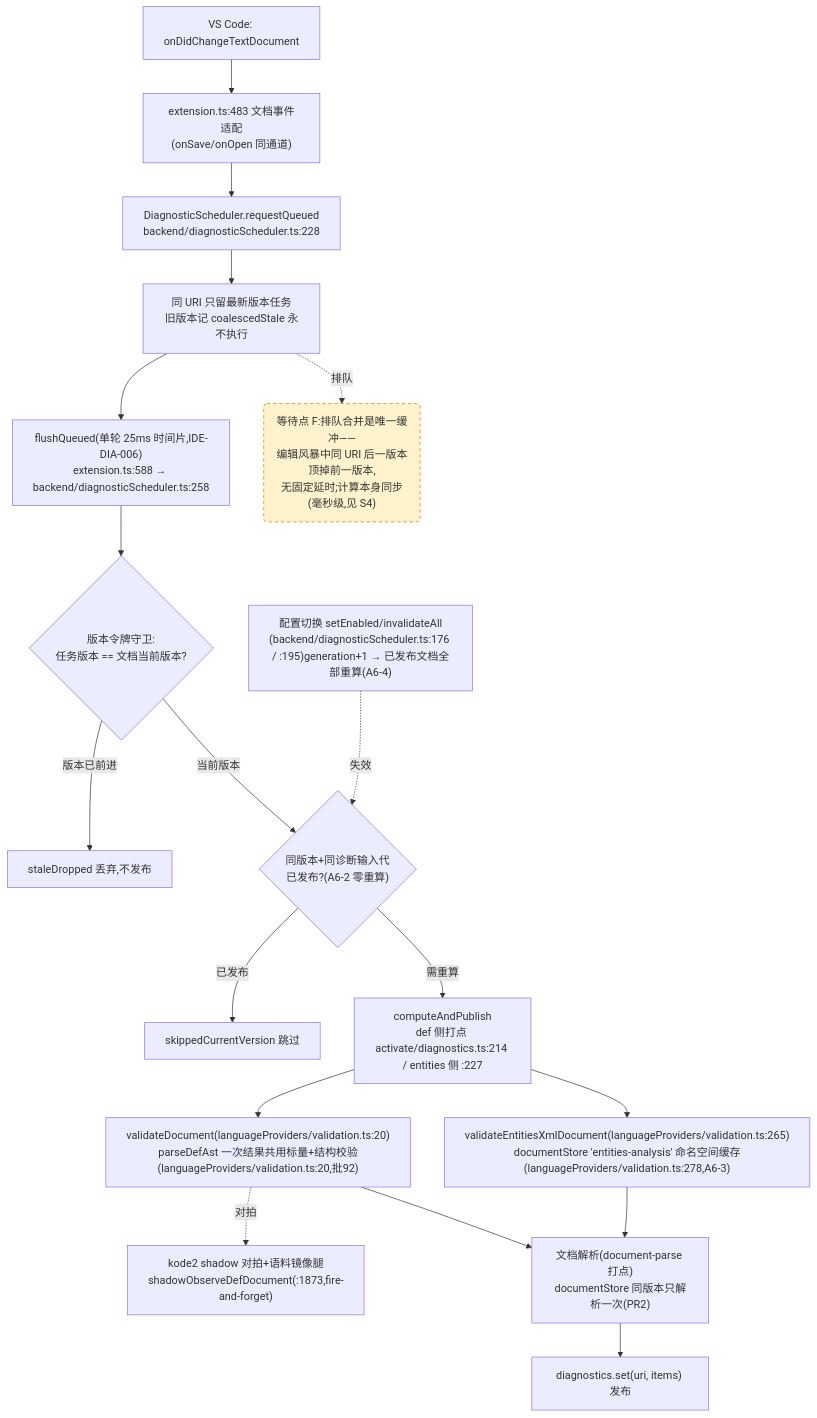
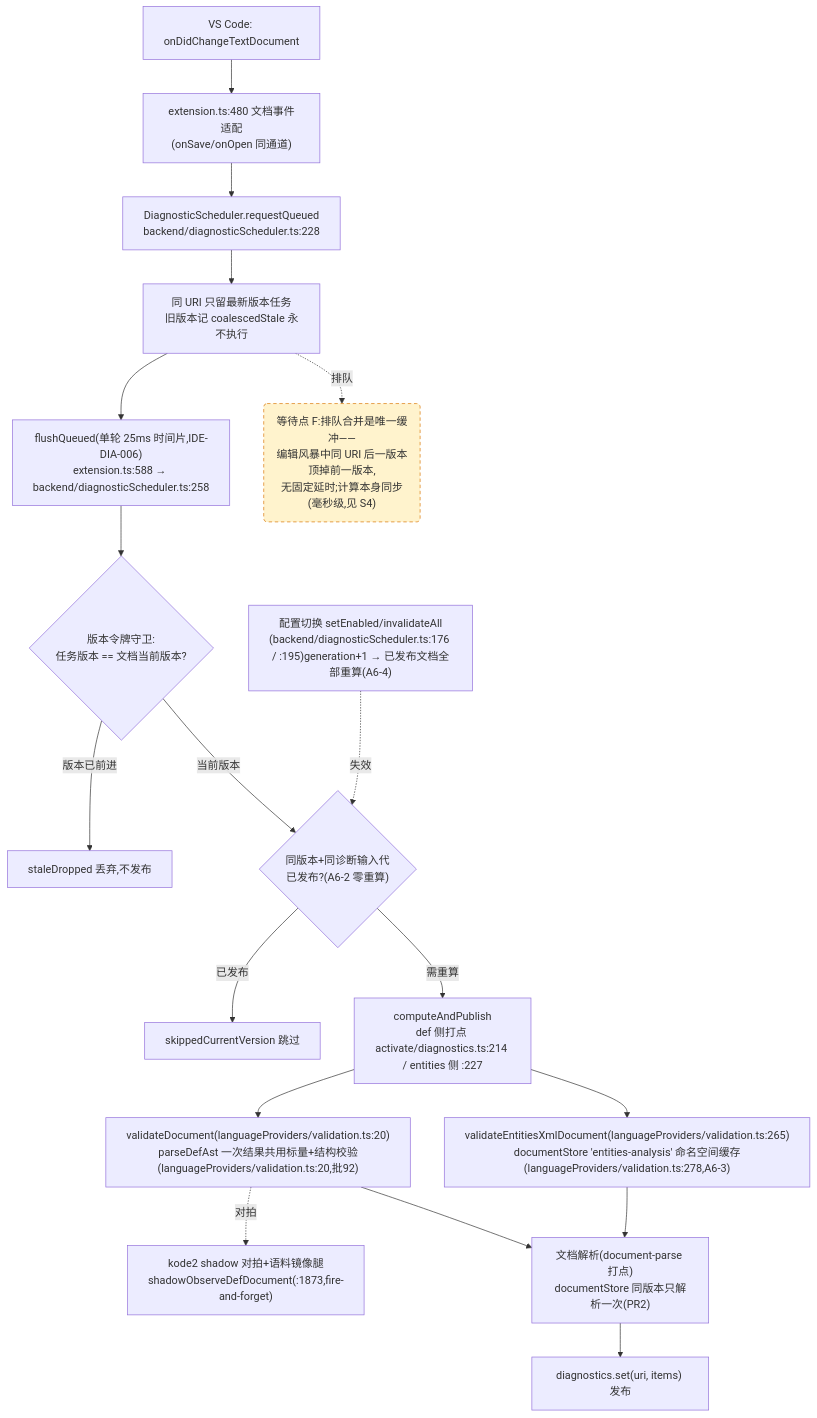
The fourth of 4 diagrams in docs/perf/2026-baseline.md (cuihairu/kode), drawn with Mermaid before and after one commit. The commit also changed other lines of this file and 11 other files, not shown here.

````diff
--- a/docs/perf/2026-baseline.md
+++ b/docs/perf/2026-baseline.md
@@ -232,38 +232,38 @@
 ```mermaid
 flowchart TD
   CHG["VS Code: onDidChangeTextDocument"]
-  WATCH["extension.ts:483 文档事件适配<br/>(onSave/onOpen 同通道)"]
+  WATCH["extension.ts:480 文档事件适配<br/>(onSave/onOpen 同通道)"]
   RQ["DiagnosticScheduler.requestQueued<br/>backend/diagnosticScheduler.ts:228"]
   CO["同 URI 只留最新版本任务<br/>旧版本记 coalescedStale 永不执行"]
   FL["flushQueued(单轮 25ms 时间片,IDE-DIA-006)<br/>extension.ts:588 → backend/diagnosticScheduler.ts:258"]
   VG{"版本令牌守卫:<br/>任务版本 == 文档当前版本?"}
   DROP["staleDropped 丢弃,不发布"]
   GEN{"同版本+同诊断输入代<br/>已发布?(A6-2 零重算)"}
   SKIP["skippedCurrentVersion 跳过"]
   CALC["computeAndPublish<br/>def 侧打点 activate/diagnostics.ts:214 / entities 侧 :227"]
   VD["validateDocument(languageProviders/validation.ts:20)<br/>parseDefAst 一次结果共用标量+结构校验(languageProviders/validation.ts:20,批92)"]
   VEX["validateEntitiesXmlDocument(languageProviders/validation.ts:265)<br/>documentStore 'entities-analysis' 命名空间缓存(languageProviders/validation.ts:278,A6-3)"]
   SHDD["kode2 shadow 对拍+语料镜像腿<br/>shadowObserveDefDocument(:1873,fire-and-forget)"]
   DS["文档解析(document-parse 打点)<br/>documentStore 同版本只解析一次(PR2)"]
   PUB["diagnostics.set(uri, items) 发布"]
   CFG2["配置切换 setEnabled/invalidateAll<br/>(backend/diagnosticScheduler.ts:176 / :195)generation+1 → 已发布文档全部重算(A6-4)"]
 
   CHG --> WATCH --> RQ --> CO --> FL --> VG
   VG -- "版本已前进" --> DROP
   VG -- "当前版本" --> GEN
   GEN -- "已发布" --> SKIP
   GEN -- "需重算" --> CALC
   CALC --> VD
   CALC --> VEX
   VD --> DS
   VEX --> DS
   DS --> PUB
   VD -.->|对拍| SHDD
   CFG2 -.->|失效| GEN
 
   WAITF("等待点 F:排队合并是唯一缓冲——<br/>编辑风暴中同 URI 后一版本顶掉前一版本,<br/>无固定延时;计算本身同步(毫秒级,见 S4)")
   CO -.->|排队| WAITF
 
   classDef waitPoint fill:#fff3cd,stroke:#d97706,stroke-dasharray:5 4;
   class WAITF waitPoint;
 ```
````
